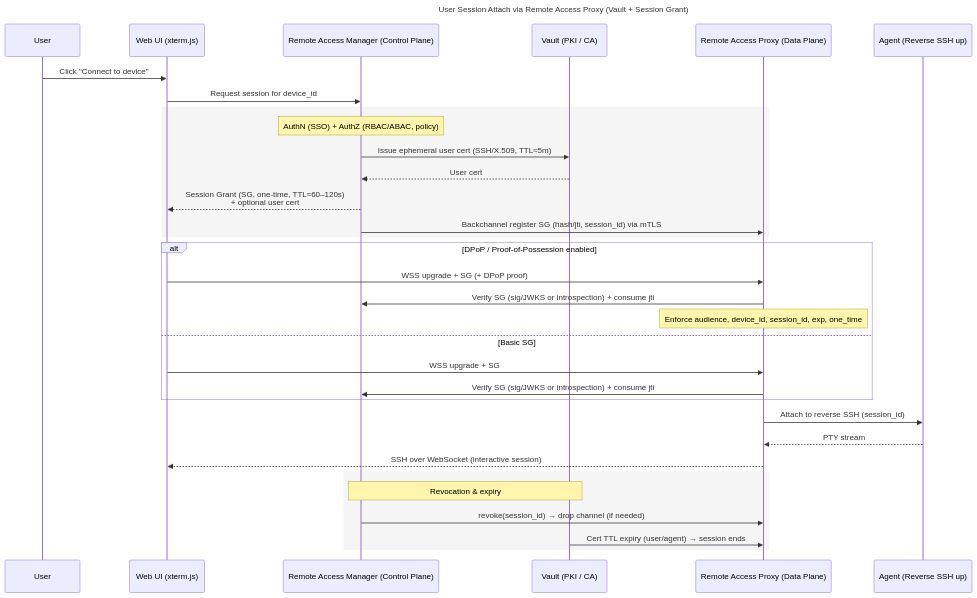
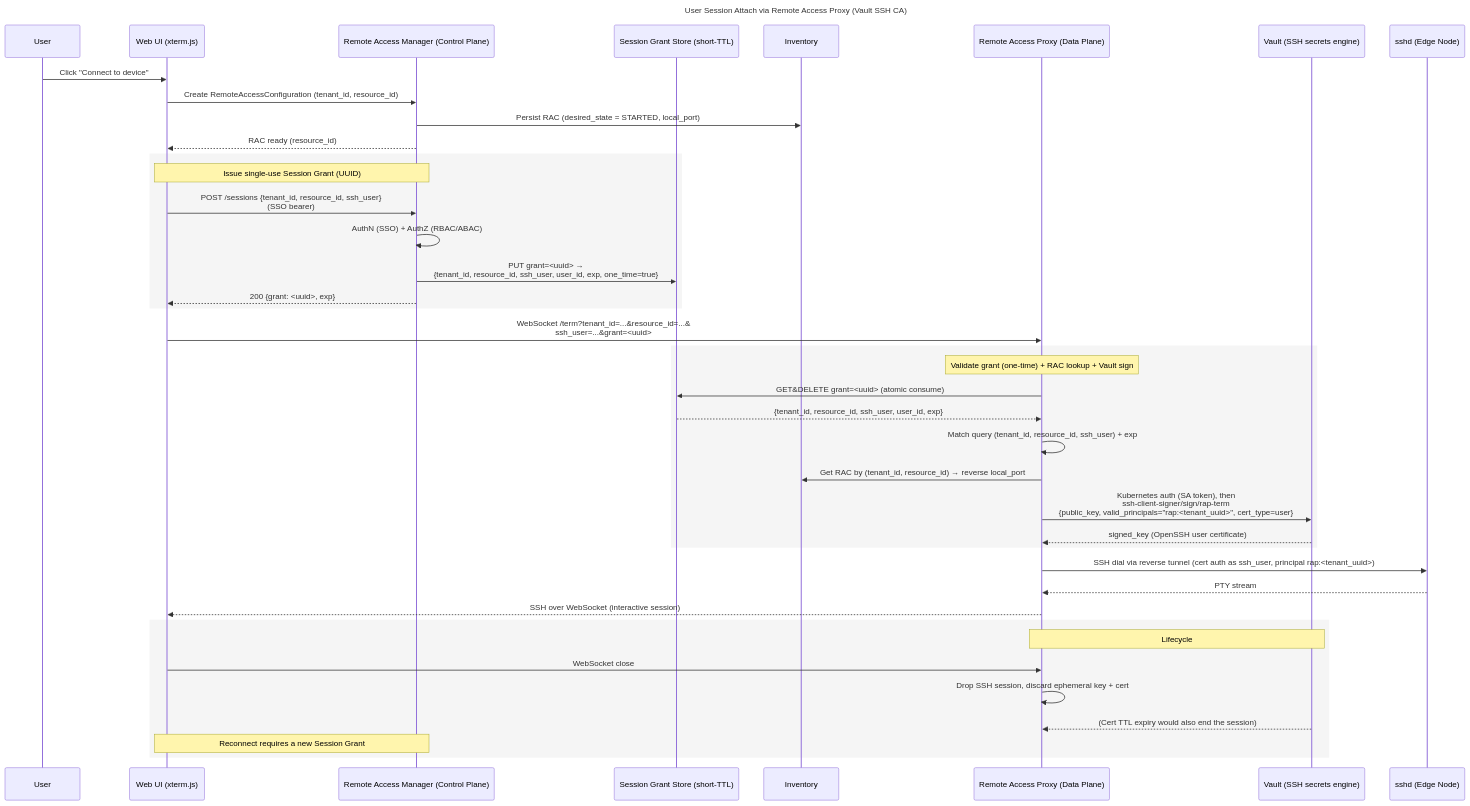
The second of 2 diagrams in design-proposals/reverse-proxy-to-edge-devices.md (Wflikeit/edge-manageability-framework), drawn with Mermaid before and after one commit. The commit also changed other lines of this file, not shown here.

````diff
--- a/design-proposals/reverse-proxy-to-edge-devices.md
+++ b/design-proposals/reverse-proxy-to-edge-devices.md
@@ -258,41 +451,50 @@
 ```mermaid
 sequenceDiagram
-    title User Session Attach via Remote Access Proxy (Vault + Session Grant)
+    title User Session Attach via Remote Access Proxy (Vault SSH CA)
 
     participant U as User
     participant UI as Web UI (xterm.js)
     participant RAM as Remote Access Manager (Control Plane)
-    participant VAULT as Vault (PKI / CA)
+    participant SSTORE as Session Grant Store (short-TTL)
+    participant INV as Inventory
     participant RAP as Remote Access Proxy (Data Plane)
-    participant AG as Agent (Reverse SSH up)
+    participant VAULT as Vault (SSH secrets engine)
+    participant SSHD as sshd (Edge Node)
 
     U->>UI: Click "Connect to device"
-    UI->>RAM: Request session for device_id
+    UI->>RAM: Create RemoteAccessConfiguration (tenant_id, resource_id)
+    RAM->>INV: Persist RAC (desired_state = STARTED, local_port)
+    RAM-->>UI: RAC ready (resource_id)
 
     rect rgb(245,245,245)
-    note over RAM: AuthN (SSO) + AuthZ (RBAC/ABAC, policy)
-    RAM->>VAULT: Issue ephemeral user cert (SSH/X.509, TTL≈5m)
-    VAULT-->>RAM: User cert
-    RAM-->>UI: Session Grant (SG, one-time, TTL≈60–120s)<br/>+ optional user cert
-    RAM->>RAP: Backchannel register SG (hash/jti, session_id) via mTLS
+    note over UI,RAM: Issue single-use Session Grant (UUID)
+    UI->>RAM: POST /sessions {tenant_id, resource_id, ssh_user}<br/>(SSO bearer)
+    RAM->>RAM: AuthN (SSO) + AuthZ (RBAC/ABAC)
+    RAM->>SSTORE: PUT grant=<uuid> →<br/>{tenant_id, resource_id, ssh_user, user_id, exp, one_time=true}
+    RAM-->>UI: 200 {grant: <uuid>, exp}
     end
 
-    alt DPoP / Proof-of-Possession enabled
-        UI->>RAP: WSS upgrade + SG (+ DPoP proof)
-        RAP->>RAM: Verify SG (sig/JWKS or introspection) + consume jti
-        note over RAP: Enforce audience, device_id, session_id, exp, one_time
-    else Basic SG
-        UI->>RAP: WSS upgrade + SG
-        RAP->>RAM: Verify SG (sig/JWKS or introspection) + consume jti
+    UI->>RAP: WebSocket /term?tenant_id=...&resource_id=...&<br/>ssh_user=...&grant=<uuid>
+
+    rect rgb(245,245,245)
+    note over RAP: Validate grant (one-time) + RAC lookup + Vault sign
+    RAP->>SSTORE: GET&DELETE grant=<uuid> (atomic consume)
+    SSTORE-->>RAP: {tenant_id, resource_id, ssh_user, user_id, exp}
+    RAP->>RAP: Match query (tenant_id, resource_id, ssh_user) + exp
+    RAP->>INV: Get RAC by (tenant_id, resource_id) → reverse local_port
+    RAP->>VAULT: Kubernetes auth (SA token), then<br/>ssh-client-signer/sign/rap-term<br/>{public_key, valid_principals="rap:<tenant_uuid>", cert_type=user}
+    VAULT-->>RAP: signed_key (OpenSSH user certificate)
     end
 
-    RAP->>AG: Attach to reverse SSH (session_id)
-    AG-->>RAP: PTY stream
+    RAP->>SSHD: SSH dial via reverse tunnel (cert auth as ssh_user, principal rap:<tenant_uuid>)
+    SSHD-->>RAP: PTY stream
     RAP-->>UI: SSH over WebSocket (interactive session)
 
     rect rgb(245,245,245)
-    note over RAM,VAULT: Revocation & expiry
-    RAM->>RAP: revoke(session_id) → drop channel (if needed)
-    VAULT->>RAP: Cert TTL expiry (user/agent) → session ends
+    note over RAP,VAULT: Lifecycle
+    UI->>RAP: WebSocket close
+    RAP->>RAP: Drop SSH session, discard ephemeral key + cert
+    VAULT-->>RAP: (Cert TTL expiry would also end the session)
+    note over UI,RAM: Reconnect requires a new Session Grant
     end
 ```
````
